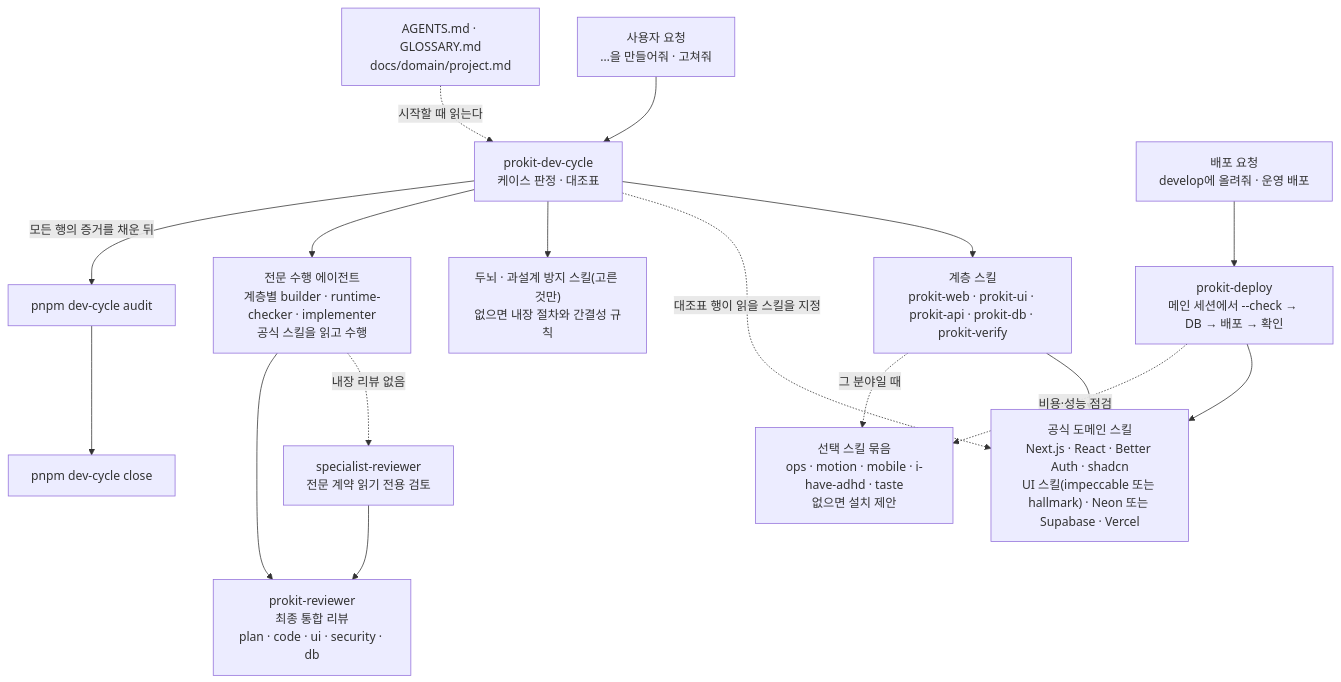
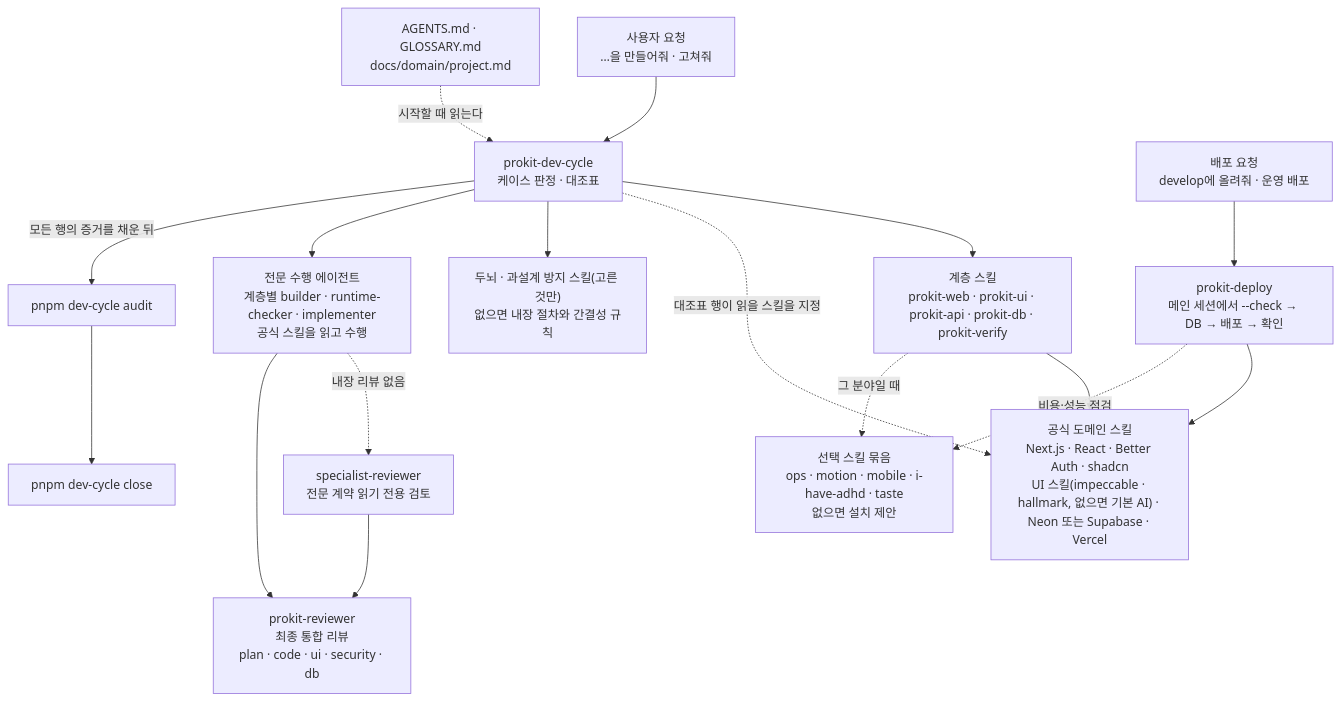
One commit to roadkwon-ai/pro-kit changed the diagram in handbook/concepts/harness.md. Above: the diagram before and after it, drawn with Mermaid. The commit also changed other lines of this file and 65 other files, not shown here.

````diff
--- a/handbook/concepts/harness.md
+++ b/handbook/concepts/harness.md
@@ -48,19 +48,19 @@
 ```mermaid
 flowchart TD
   REQ["사용자 요청<br/>…을 만들어줘 · 고쳐줘"] --> DC["prokit-dev-cycle<br/>케이스 판정 · 대조표"]
   RULES["AGENTS.md · GLOSSARY.md<br/>docs/domain/project.md"] -.->|시작할 때 읽는다| DC
   DC --> LAYER["계층 스킬<br/>prokit-web · prokit-ui · prokit-api · prokit-db · prokit-verify"]
-  LAYER --> OFF["공식 도메인 스킬<br/>Next.js · React · Better Auth · shadcn<br/>UI 스킬(impeccable 또는 hallmark) · Neon 또는 Supabase · Vercel"]
+  LAYER --> OFF["공식 도메인 스킬<br/>Next.js · React · Better Auth · shadcn<br/>UI 스킬(impeccable · hallmark, 없으면 기본 AI) · Neon 또는 Supabase · Vercel"]
   DC -.->|대조표 행이 읽을 스킬을 지정| OFF
   DREQ["배포 요청<br/>develop에 올려줘 · 운영 배포"] --> DEP["prokit-deploy<br/>메인 세션에서 --check → DB → 배포 → 확인"]
   DEP --> OFF
   LAYER -.->|그 분야일 때| OPT["선택 스킬 묶음<br/>ops · motion · mobile · i-have-adhd · taste<br/>없으면 설치 제안"]
   DEP -.->|비용·성능 점검| OPT
   DC --> PROC["두뇌 · 과설계 방지 스킬(고른 것만)<br/>없으면 내장 절차와 간결성 규칙"]
   DC --> IMP["전문 수행 에이전트<br/>계층별 builder · runtime-checker · implementer<br/>공식 스킬을 읽고 수행"]
   IMP -.->|내장 리뷰 없음| SREV["specialist-reviewer<br/>전문 계약 읽기 전용 검토"]
   IMP --> REV["prokit-reviewer<br/>최종 통합 리뷰<br/>plan · code · ui · security · db"]
   SREV --> REV
   DC -->|모든 행의 증거를 채운 뒤| AUD["pnpm dev-cycle audit"]
   AUD --> CLOSE["pnpm dev-cycle close"]
 ```
````
